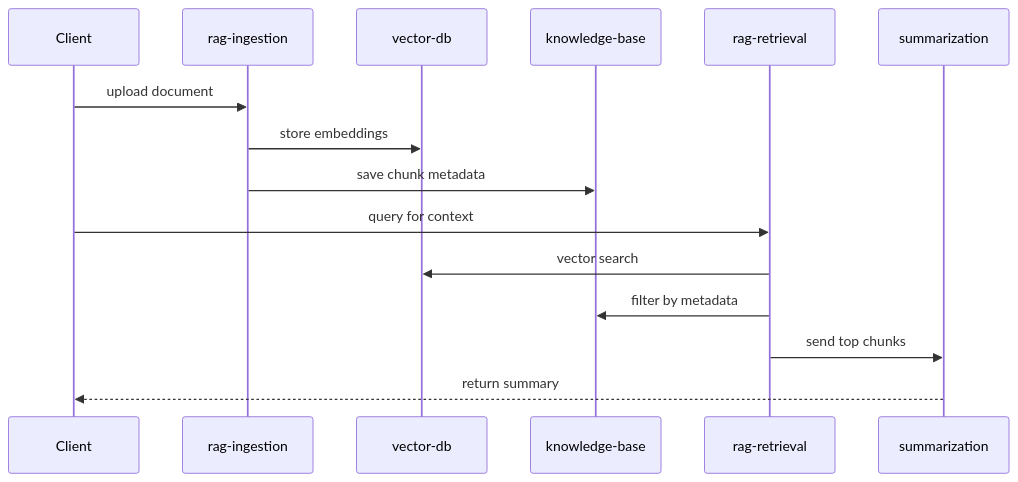
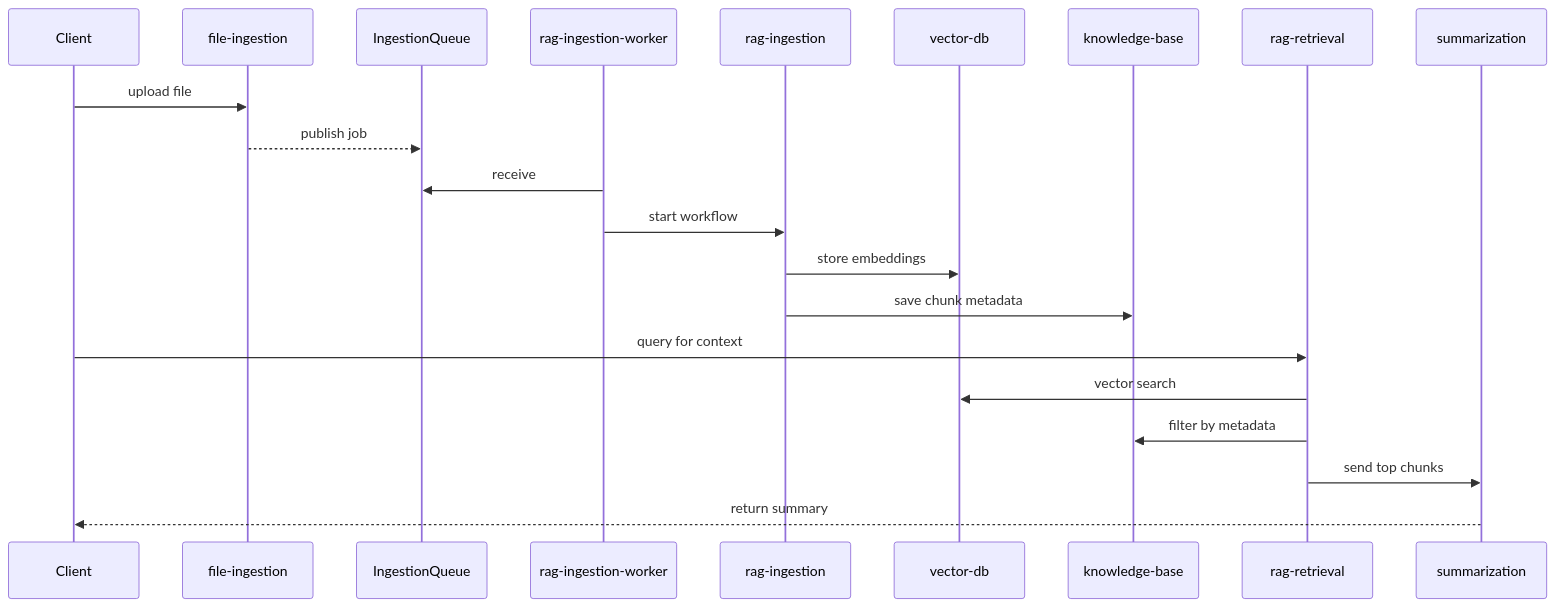
Before and after one commit to ksinha49/ai-workloads: the diagram in docs/rag_architecture.md, drawn with Mermaid. The commit also changed other lines of this file and 1 other file, not shown here.

Commit message:
Reorder ingestion flow in architecture docs

````diff
--- a/docs/rag_architecture.md
+++ b/docs/rag_architecture.md
@@ -18,18 +19,24 @@
 ```mermaid
 sequenceDiagram
     participant Client
+    participant FileIng as file-ingestion
+    participant Queue as IngestionQueue
+    participant Worker as rag-ingestion-worker
     participant Ingestion as rag-ingestion
     participant DB as vector-db
     participant KB as knowledge-base
     participant Retrieval as rag-retrieval
     participant Sum as summarization
 
-    Client->>Ingestion: upload document
+    Client->>FileIng: upload file
+    FileIng-->>Queue: publish job
+    Worker->>Queue: receive
+    Worker->>Ingestion: start workflow
     Ingestion->>DB: store embeddings
     Ingestion->>KB: save chunk metadata
     Client->>Retrieval: query for context
     Retrieval->>DB: vector search
     Retrieval->>KB: filter by metadata
     Retrieval->>Sum: send top chunks
     Sum-->>Client: return summary
 ```
````
